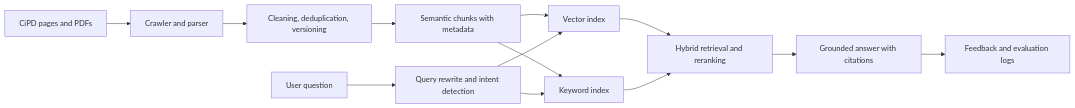
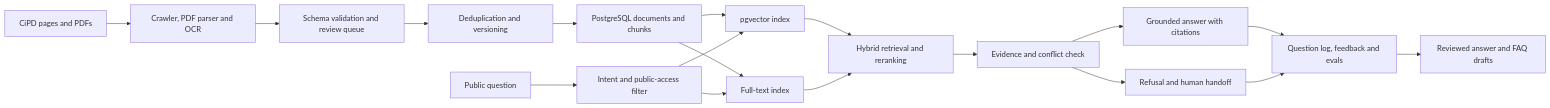
Before and after one commit to Adwait-verma/rag-based-chatbot-for-cipd: the diagram in README.md, drawn with Mermaid. The commit also changed other lines of this file, not shown here.

````diff
--- a/README.md
+++ b/README.md
@@ -60,15 +111,20 @@
 ```mermaid
 flowchart LR
-    A[CiPD pages and PDFs] --> B[Crawler and parser]
-    B --> C[Cleaning, deduplication, versioning]
-    C --> D[Semantic chunks with metadata]
-    D --> E[Vector index]
-    D --> F[Keyword index]
-    Q[User question] --> G[Query rewrite and intent detection]
-    G --> E
-    G --> F
-    E --> H[Hybrid retrieval and reranking]
-    F --> H
-    H --> I[Grounded answer with citations]
-    I --> J[Feedback and evaluation logs]
+    A[CiPD pages and PDFs] --> B[Crawler, PDF parser and OCR]
+    B --> C[Schema validation and review queue]
+    C --> D[Deduplication and versioning]
+    D --> E[PostgreSQL documents and chunks]
+    E --> F[pgvector index]
+    E --> G[Full-text index]
+    Q[Public question] --> H[Intent and public-access filter]
+    H --> F
+    H --> G
+    F --> I[Hybrid retrieval and reranking]
+    G --> I
+    I --> J[Evidence and conflict check]
+    J --> K[Grounded answer with citations]
+    J --> L[Refusal and human handoff]
+    K --> M[Question log, feedback and evals]
+    L --> M
+    M --> N[Reviewed answer and FAQ drafts]
 ```
````
